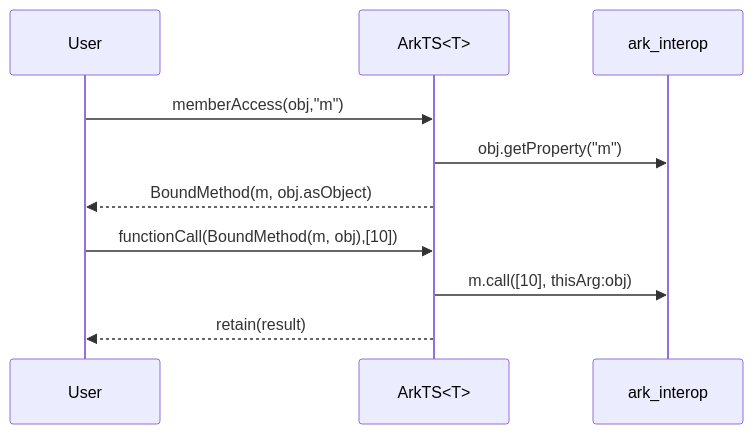
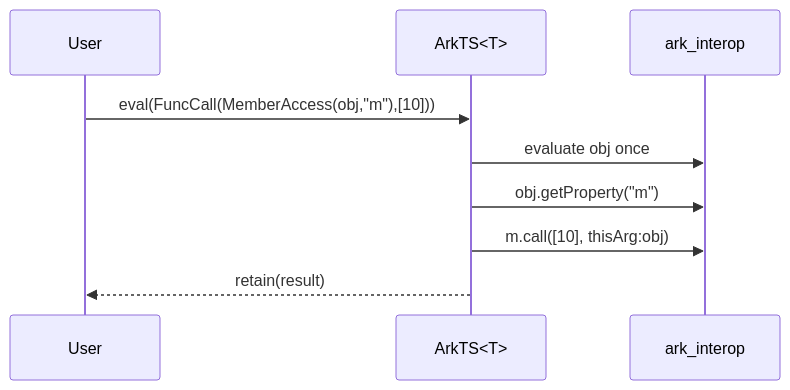
Before and after one commit to belolourenco/cangjie_interop_architecture: the second of 2 diagrams in docs/arkts_runtime_design_with_eval.md, drawn with Mermaid. The commit also changed other lines of this file, not shown here.

Commit message:
arkts design updated for eval

````diff
--- a/docs/arkts_runtime_design_with_eval.md
+++ b/docs/arkts_runtime_design_with_eval.md
@@ -312,12 +379,11 @@
 ```mermaid
 sequenceDiagram
     participant U as User
     participant A as ArkTS<T>
     participant O as ark_interop
-    U->>A: memberAccess(obj,"m")
+    U->>A: eval(FuncCall(MemberAccess(obj,"m"),[10]))
+    A->>O: evaluate obj once
     A->>O: obj.getProperty("m")
-    A-->>U: BoundMethod(m, obj.asObject)
-    U->>A: functionCall(BoundMethod(m, obj),[10])
     A->>O: m.call([10], thisArg:obj)
     A-->>U: retain(result)
 ```
````
